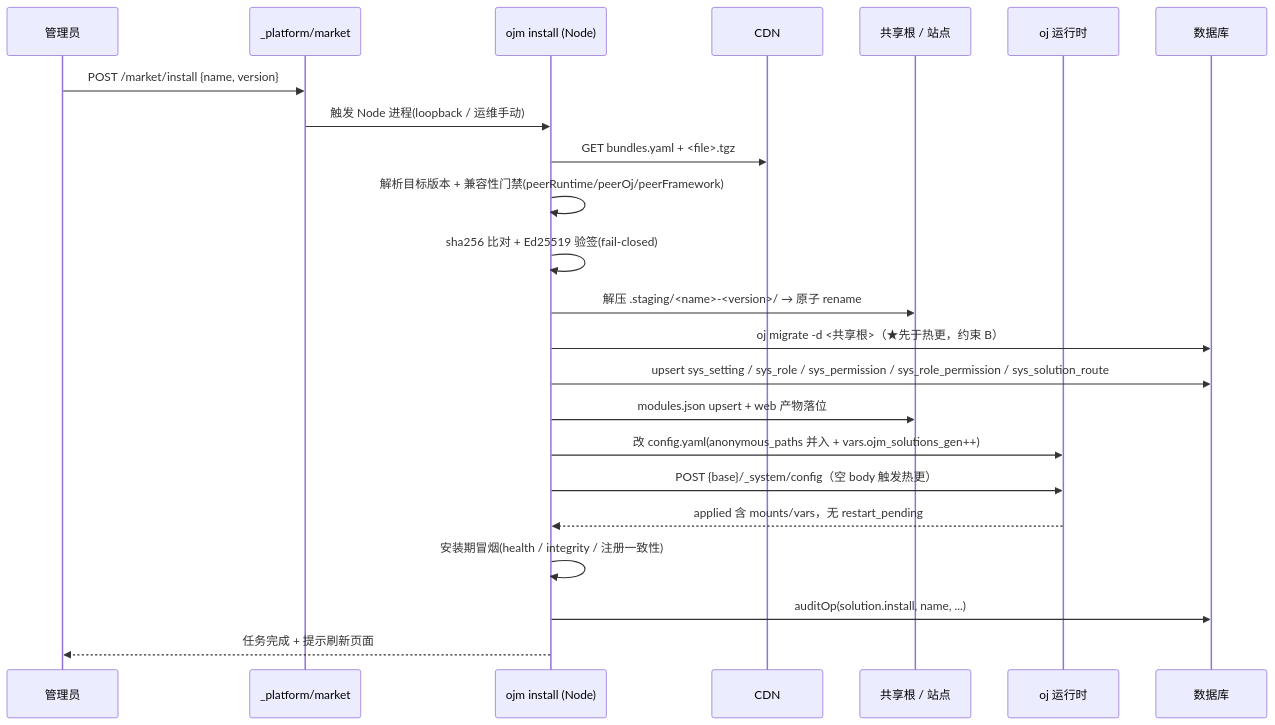
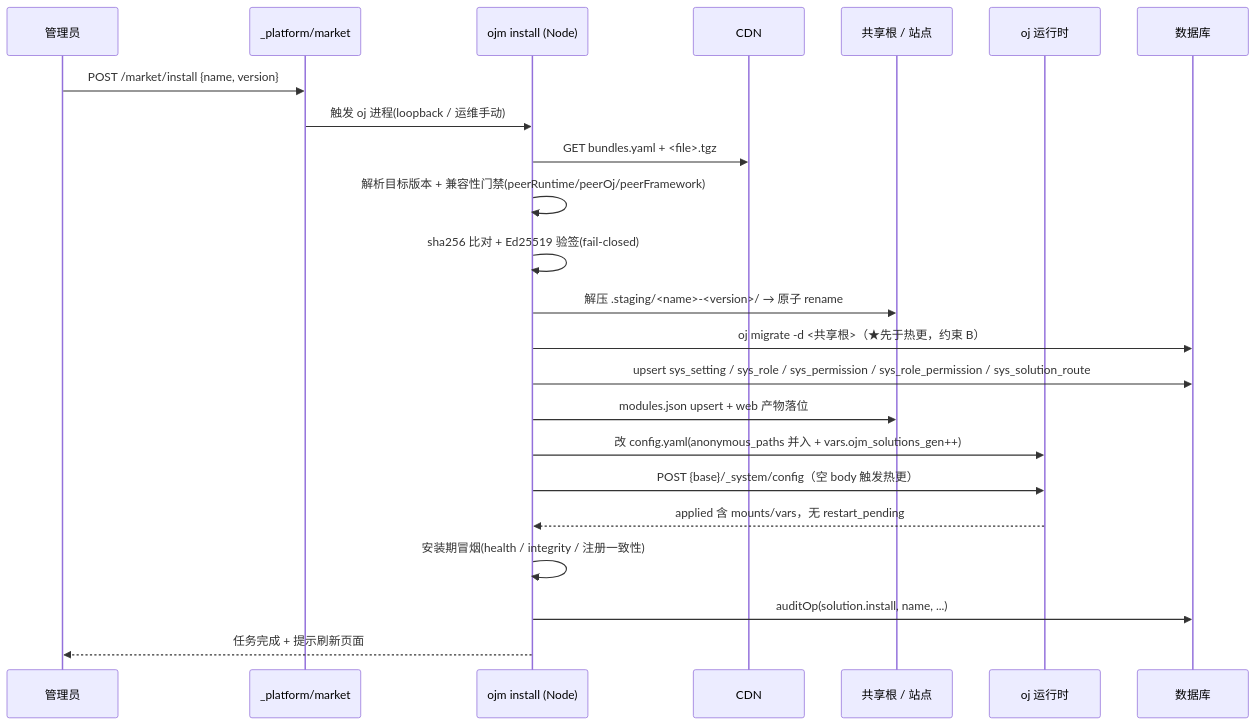
One commit to everpan/oj-module changed the second of 10 diagrams in docs/prd/solution/202610161300-solution-lifecycle-registration-design.md. Above: the diagram before and after it, drawn with Mermaid. The commit also changed other lines of this file and 3 other files, not shown here.

````diff
--- a/docs/prd/solution/202610161300-solution-lifecycle-registration-design.md
+++ b/docs/prd/solution/202610161300-solution-lifecycle-registration-design.md
@@ -61,26 +61,26 @@
 ```mermaid
 sequenceDiagram
     participant U as 管理员
     participant M as _platform/market
     participant N as ojm install (Node)
     participant CDN as CDN
     participant FS as 共享根 / 站点
     participant OJ as oj 运行时
     participant DB as 数据库
 
     U->>M: POST /market/install {name, version}
-    M->>N: 触发 Node 进程(loopback / 运维手动)
+    M->>N: 触发 oj 进程(loopback / 运维手动)
     N->>CDN: GET bundles.yaml + <file>.tgz
     N->>N: 解析目标版本 + 兼容性门禁(peerRuntime/peerOj/peerFramework)
     N->>N: sha256 比对 + Ed25519 验签(fail-closed)
     N->>FS: 解压 .staging/<name>-<version>/ → 原子 rename
     N->>DB: oj migrate -d <共享根>（★先于热更，约束 B）
     N->>DB: upsert sys_setting / sys_role / sys_permission / sys_role_permission / sys_solution_route
     N->>FS: modules.json upsert + web 产物落位
     N->>OJ: 改 config.yaml(anonymous_paths 并入 + vars.ojm_solutions_gen++)
     N->>OJ: POST {base}/_system/config（空 body 触发热更）
     OJ-->>N: applied 含 mounts/vars，无 restart_pending
     N->>N: 安装期冒烟(health / integrity / 注册一致性)
     N->>DB: auditOp(solution.install, name, ...)
     N-->>U: 任务完成 + 提示刷新页面
 ```
````
